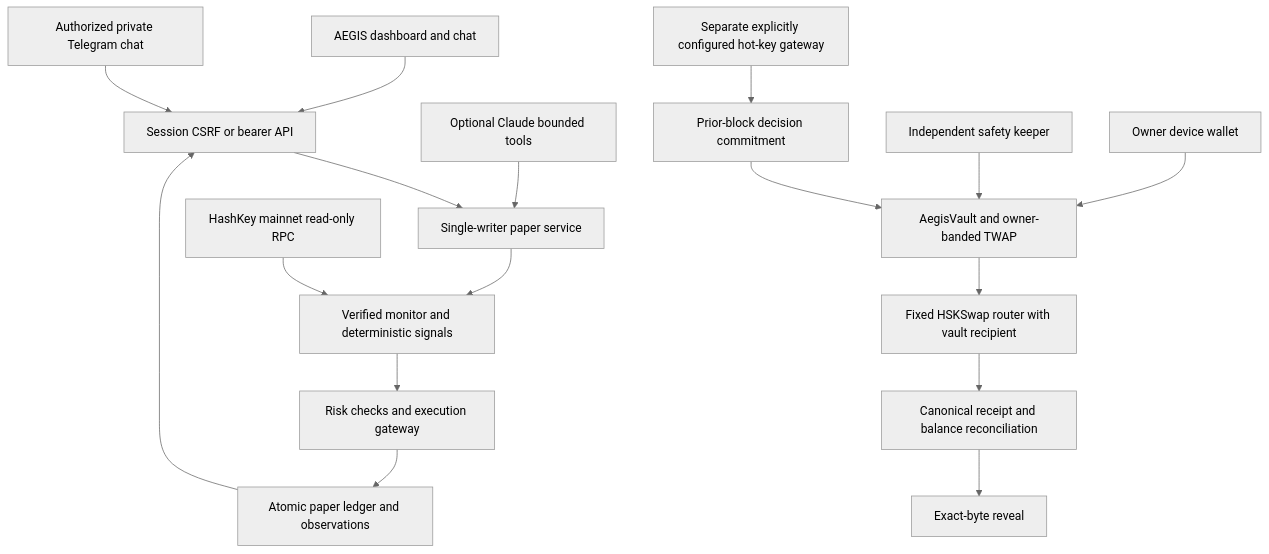
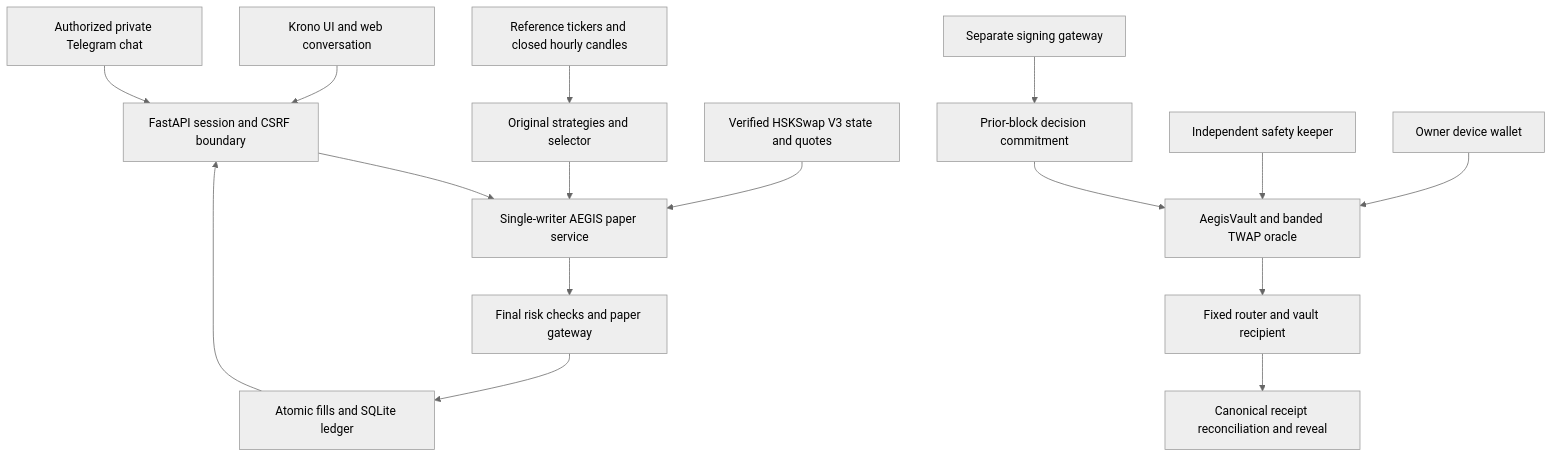
Before and after one commit to sreenivasivbieb/automatic-trading-agent: the diagram in docs/ARCHITECTURE.md, drawn with Mermaid (neutral theme). The commit also changed other lines of this file and 44 other files, not shown here.

````diff
--- a/docs/ARCHITECTURE.md
+++ b/docs/ARCHITECTURE.md
@@ -7,19 +5,18 @@
 ```mermaid
 flowchart TD
-    UI[AEGIS dashboard and chat] --> API[Session CSRF or bearer API]
+    UI[Krono UI and web conversation] --> API[FastAPI session and CSRF boundary]
     TG[Authorized private Telegram chat] --> API
-    API --> S[Single-writer paper service]
-    C[Optional Claude bounded tools] --> S
-    S --> M[Verified monitor and deterministic signals]
-    RPC[HashKey mainnet read-only RPC] --> M
-    M --> G[Risk checks and execution gateway]
-    G --> DB[Atomic paper ledger and observations]
+    API --> S[Single-writer AEGIS paper service]
+    REF[Reference tickers and closed hourly candles] --> B[Original strategies and selector]
+    B --> S
+    RPC[Verified HSKSwap V3 state and quotes] --> S
+    S --> G[Final risk checks and paper gateway]
+    G --> DB[Atomic fills and SQLite ledger]
     DB --> API
-    SG[Separate explicitly configured hot-key gateway] --> L[Prior-block decision commitment]
-    L --> V[AegisVault and owner-banded TWAP]
+    SG[Separate signing gateway] --> LOG[Prior-block decision commitment]
+    LOG --> V[AegisVault and banded TWAP oracle]
     K[Independent safety keeper] --> V
-    V --> X[Fixed HSKSwap router with vault recipient]
-    X --> R[Canonical receipt and balance reconciliation]
-    R --> RE[Exact-byte reveal]
     W[Owner device wallet] --> V
+    V --> DEX[Fixed router and vault recipient]
+    DEX --> R[Canonical receipt reconciliation and reveal]
 ```
````
